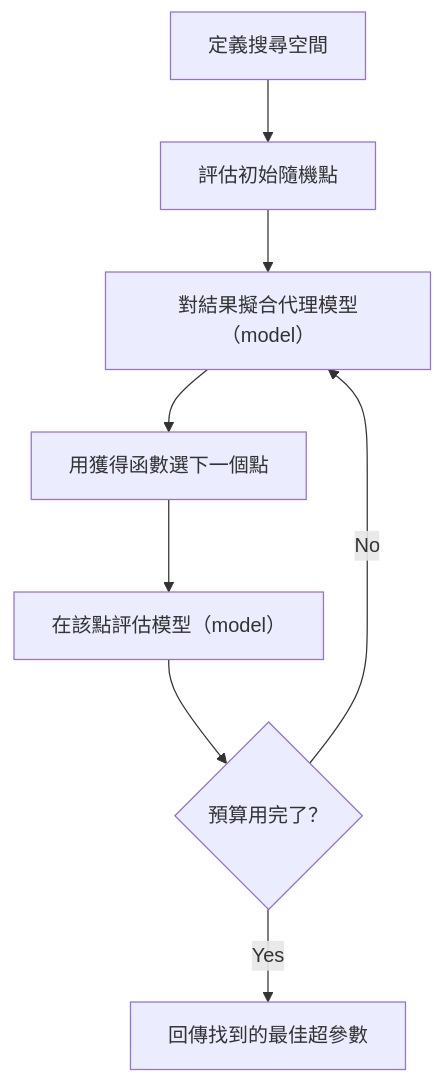
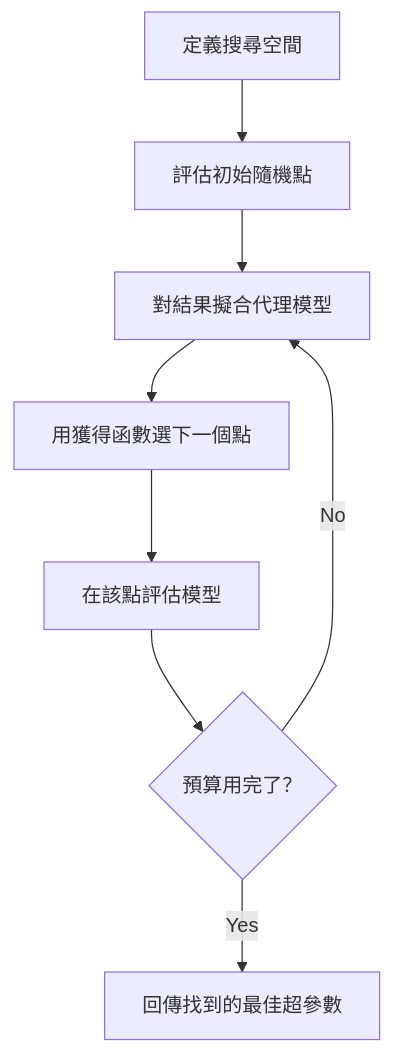
One commit to edward821220/ai-engineering-from-scratch changed the second of 4 diagrams in i18n/zh-TW/phases/02-ml-fundamentals/12-hyperparameter-tuning/docs/zh-TW.md. Above: the diagram before and after it, drawn with Mermaid. The commit also changed other lines of this file and 123 other files, not shown here.

````diff
--- a/i18n/zh-TW/phases/02-ml-fundamentals/12-hyperparameter-tuning/docs/zh-TW.md
+++ b/i18n/zh-TW/phases/02-ml-fundamentals/12-hyperparameter-tuning/docs/zh-TW.md
@@ -87,10 +87,10 @@
 ```mermaid
 flowchart TD
     A[定義搜尋空間] --> B[評估初始隨機點]
-    B --> C[對結果擬合代理模型（model）]
+    B --> C[對結果擬合代理模型]
     C --> D[用獲得函數選下一個點]
-    D --> E[在該點評估模型（model）]
+    D --> E[在該點評估模型]
     E --> F{預算用完了？}
     F -->|No| C
     F -->|Yes| G[回傳找到的最佳超參數]
 ```
````
